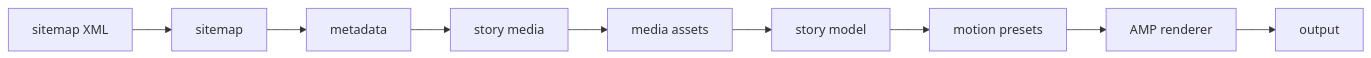
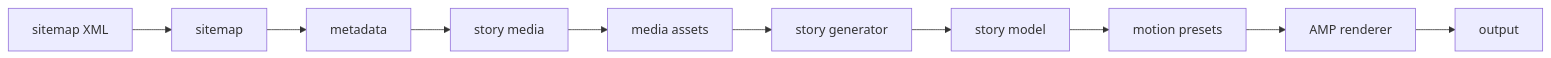
One commit to joisiney/web-stories changed the diagram in docs/architecture.md. Above: the diagram before and after it, drawn with Mermaid. The commit also changed other lines of this file and 3 other files, not shown here.

````diff
--- a/docs/architecture.md
+++ b/docs/architecture.md
@@ -7,11 +9,12 @@
 ```mermaid
 flowchart LR
   A["sitemap XML"] --> B["sitemap"]
   B --> C["metadata"]
   C --> D["story media"]
   D --> E["media assets"]
-  E --> F["story model"]
-  F --> G["motion presets"]
-  G --> H["AMP renderer"]
-  H --> I["output"]
+  E --> F["story generator"]
+  F --> G["story model"]
+  G --> H["motion presets"]
+  H --> I["AMP renderer"]
+  I --> J["output"]
 ```
````
